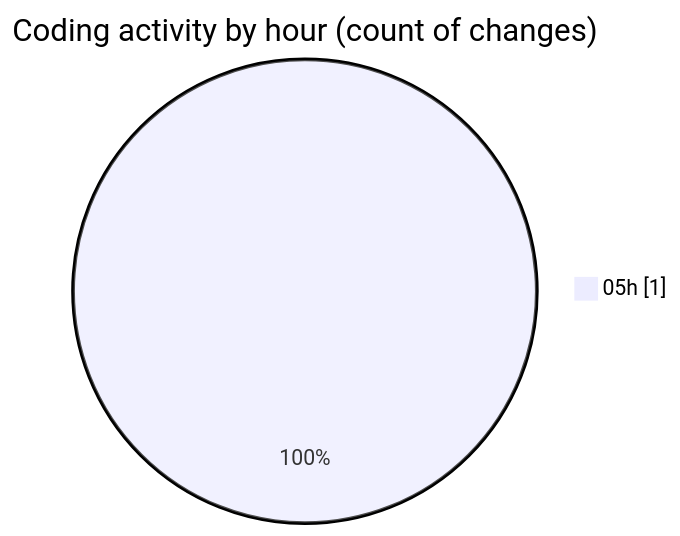
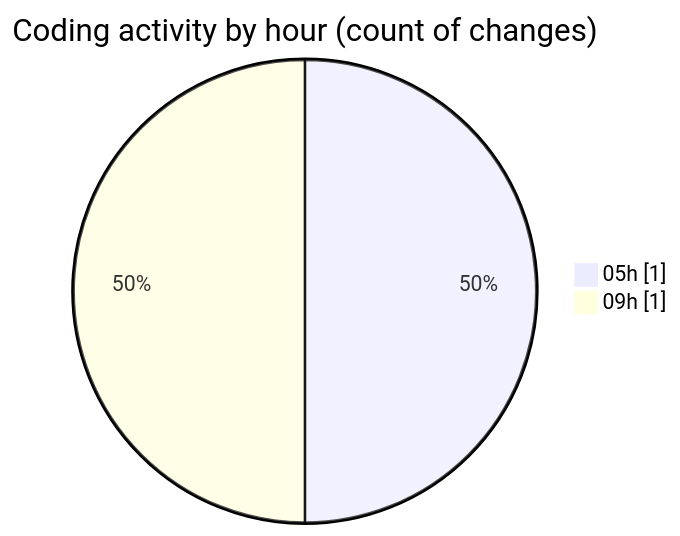
One commit to FelipKnott/code-tracking changed the second of 2 diagrams in 2025-07-13/cursor/README.md. Above: the diagram before and after it, drawn with Mermaid. The commit also changed other lines of this file and 1 other file, not shown here.

````diff
--- a/2025-07-13/cursor/README.md
+++ b/2025-07-13/cursor/README.md
@@ -28,5 +29,6 @@
 ```mermaid
 pie showData
 title Coding activity by hour (count of changes)
 "05h" : 1
+"09h" : 1
 ```
````
